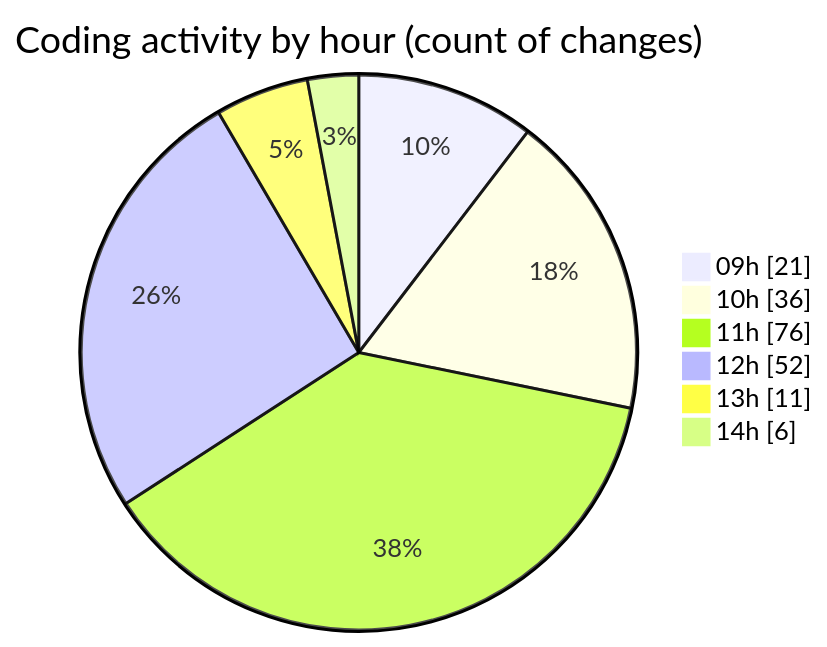
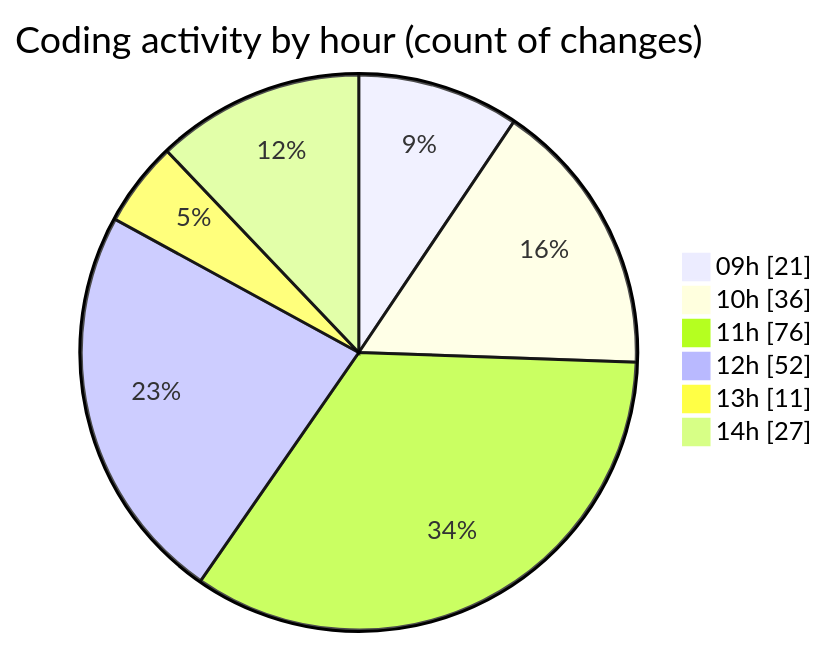
Before and after one commit to momahboobian/code-tracking: the second of 2 diagrams in 2025-09-09/cda/README.md, drawn with Mermaid. The commit also changed other lines of this file and 1 other file, not shown here.

````diff
--- a/2025-09-09/cda/README.md
+++ b/2025-09-09/cda/README.md
@@ -137,10 +138,10 @@
 ```mermaid
 pie showData
 title Coding activity by hour (count of changes)
 "09h" : 21
 "10h" : 36
 "11h" : 76
 "12h" : 52
 "13h" : 11
-"14h" : 6
+"14h" : 27
 ```
````
